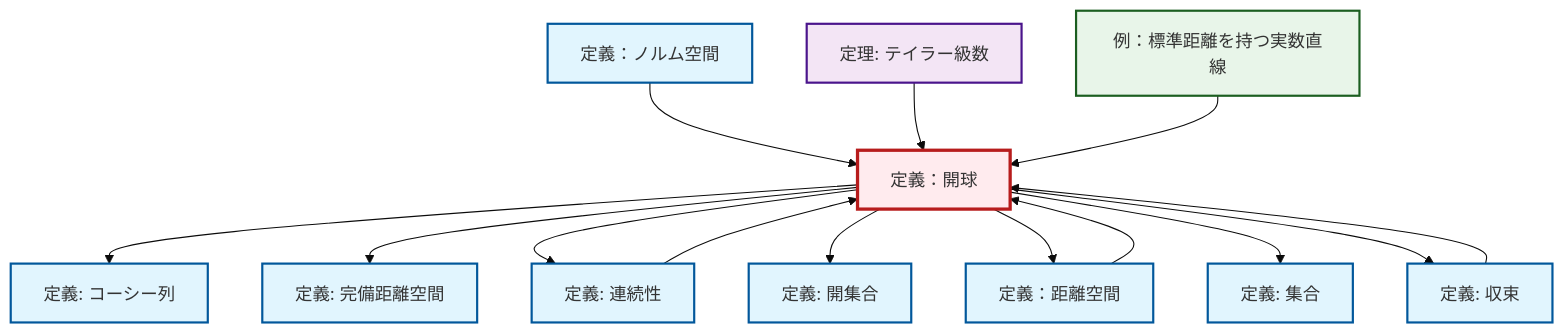
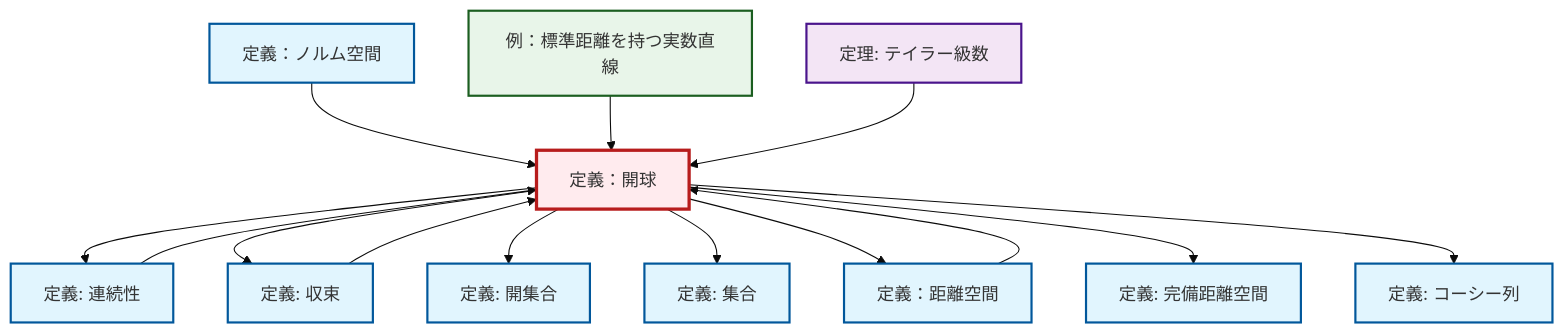
Before and after one commit to RK0429/ModernMath: the diagram in content/ja/analysis/def-open-ball.qmd, drawn with Mermaid (base theme). The commit also changed other lines of this file and 328 other files, not shown here.

````diff
--- a/content/ja/analysis/def-open-ball.qmd
+++ b/content/ja/analysis/def-open-ball.qmd
@@ -90,44 +90,44 @@
 ```{mermaid}
 %%| fig-cap: "ローカル依存関係グラフ"
 graph TD
     classDef definition fill:#e1f5fe,stroke:#01579b,stroke-width:2px
     classDef theorem fill:#f3e5f5,stroke:#4a148c,stroke-width:2px
     classDef axiom fill:#fff3e0,stroke:#e65100,stroke-width:2px
     classDef example fill:#e8f5e9,stroke:#1b5e20,stroke-width:2px
     classDef current fill:#ffebee,stroke:#b71c1c,stroke-width:3px
+    def-open-ball["定義：開球"]:::definition
+    def-open-set["定義: 開集合"]:::definition
+    ex-real-line-metric["例：標準距離を持つ実数直線"]:::example
+    def-normed-vector-space["定義：ノルム空間"]:::definition
+    def-complete-metric-space["定義: 完備距離空間"]:::definition
+    def-convergence["定義: 収束"]:::definition
+    def-set["定義: 集合"]:::definition
+    thm-taylor-series["定理: テイラー級数"]:::theorem
     def-cauchy-sequence["定義: コーシー列"]:::definition
-    def-set["定義: 集合"]:::definition
-    ex-real-line-metric["例：標準距離を持つ実数直線"]:::example
     def-metric-space["定義：距離空間"]:::definition
-    def-convergence["定義: 収束"]:::definition
-    def-open-ball["定義：開球"]:::definition
-    def-complete-metric-space["定義: 完備距離空間"]:::definition
-    thm-taylor-series["定理: テイラー級数"]:::theorem
-    def-normed-vector-space["定義：ノルム空間"]:::definition
     def-continuity["定義: 連続性"]:::definition
-    def-open-set["定義: 開集合"]:::definition
+    def-normed-vector-space --> def-open-ball
+    def-open-ball --> def-continuity
+    def-open-ball --> def-convergence
+    def-open-ball --> def-open-set
+    def-open-ball --> def-set
+    ex-real-line-metric --> def-open-ball
+    thm-taylor-series --> def-open-ball
+    def-continuity --> def-open-ball
+    def-open-ball --> def-metric-space
+    def-open-ball --> def-complete-metric-space
+    def-open-ball --> def-cauchy-sequence
+    def-convergence --> def-open-ball
     def-metric-space --> def-open-ball
-    def-open-ball --> def-cauchy-sequence
-    def-normed-vector-space --> def-open-ball
-    def-continuity --> def-open-ball
-    def-open-ball --> def-complete-metric-space
-    def-open-ball --> def-continuity
-    thm-taylor-series --> def-open-ball
-    def-open-ball --> def-open-set
-    def-open-ball --> def-metric-space
-    ex-real-line-metric --> def-open-ball
-    def-convergence --> def-open-ball
-    def-open-ball --> def-set
-    def-open-ball --> def-convergence
     class def-open-ball current
+    click def-open-set "def-open-set.html" "開集合の定義へ"
+    click ex-real-line-metric "ex-real-line-metric.html" "例：標準距離を持つ実数直線へ"
+    click def-normed-vector-space "def-normed-vector-space.html" "定義：ノルム空間へ"
+    click def-complete-metric-space "def-complete-metric-space.html" "完備距離空間の定義へ"
+    click def-convergence "def-convergence.html" "収束の定義へ"
+    click def-set "def-set.html" "集合の定義へ"
+    click thm-taylor-series "thm-taylor-series.html" "テイラー級数の定理へ"
     click def-cauchy-sequence "def-cauchy-sequence.html" "コーシー列の定義へ"
-    click def-set "def-set.html" "集合の定義へ"
-    click ex-real-line-metric "ex-real-line-metric.html" "例：標準距離を持つ実数直線へ"
     click def-metric-space "def-metric-space.html" "定義：距離空間へ"
-    click def-convergence "def-convergence.html" "収束の定義へ"
-    click def-complete-metric-space "def-complete-metric-space.html" "完備距離空間の定義へ"
-    click thm-taylor-series "thm-taylor-series.html" "テイラー級数の定理へ"
-    click def-normed-vector-space "def-normed-vector-space.html" "定義：ノルム空間へ"
     click def-continuity "def-continuity.html" "連続性の定義へ"
-    click def-open-set "def-open-set.html" "開集合の定義へ"
 ```
````
